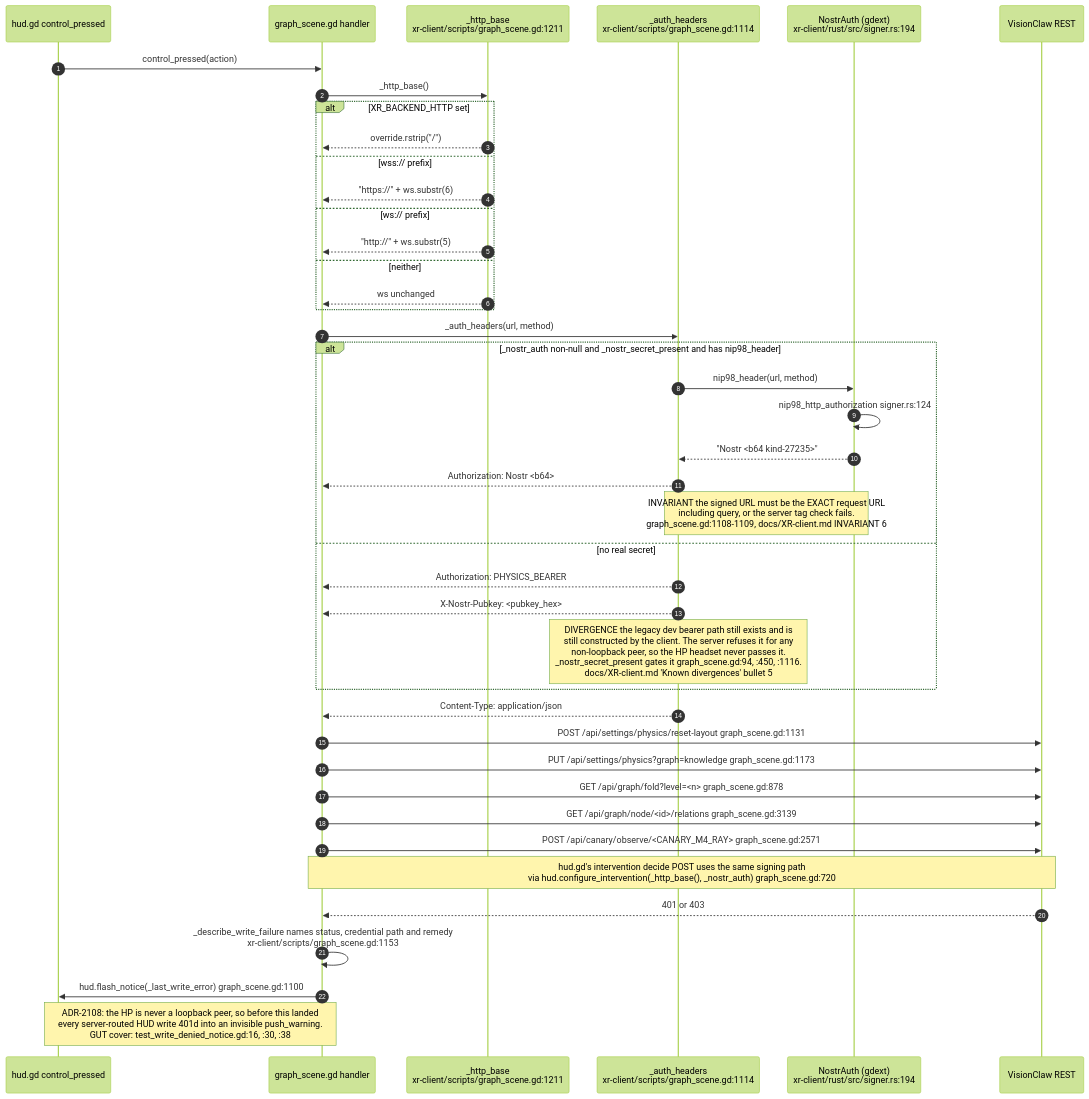
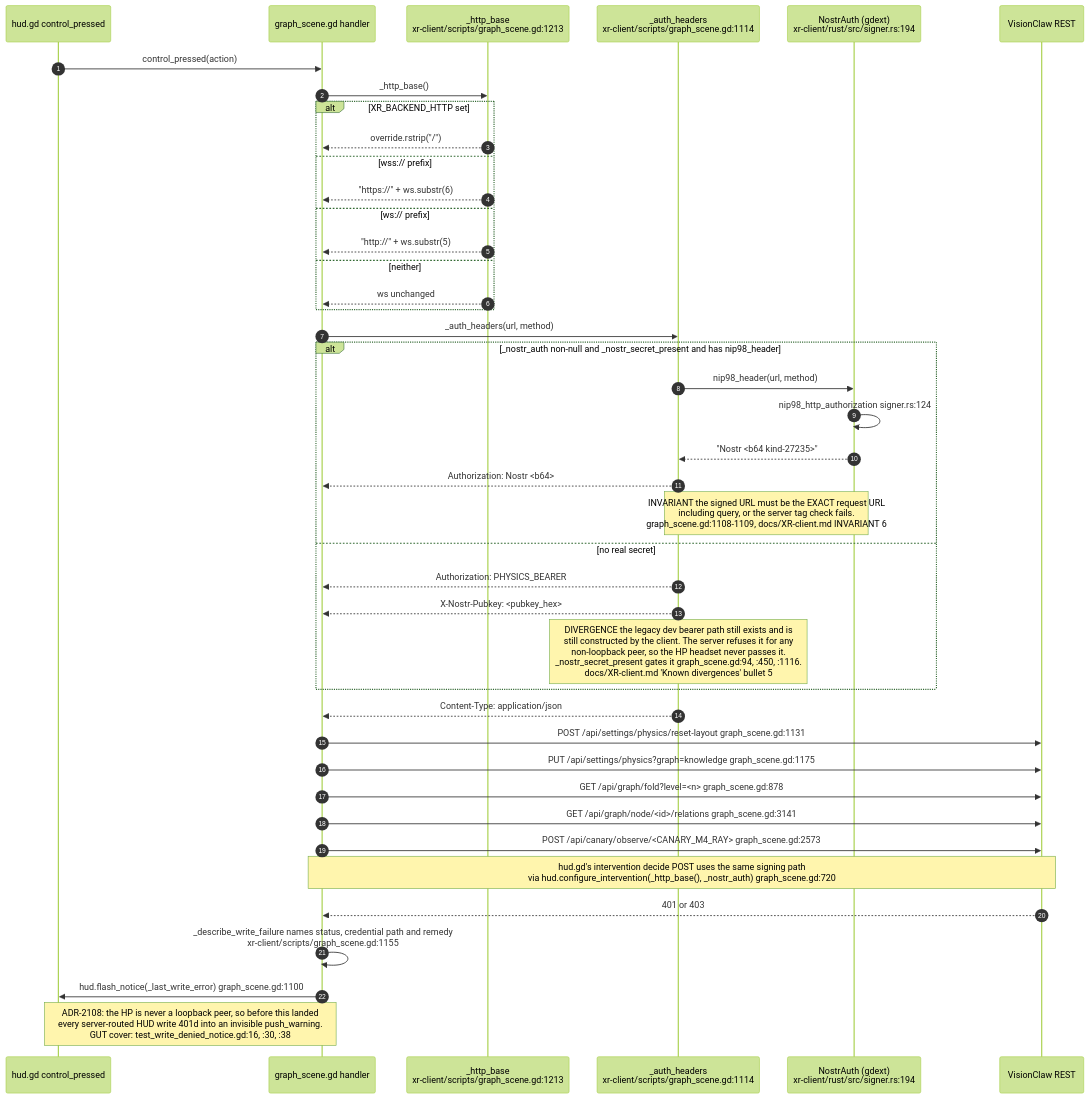
One commit to DreamLab-AI/VisionFlow changed diagram 11 of 23 in docs/diagrams/visionclaw/36-godot-xr-client.md. Above: the diagram before and after it, drawn with Mermaid (forest theme). The commit also changed other lines of this file and 111 other files, not shown here.

Commit message:
docs(diagrams): align estate maps with current source

````diff
--- a/docs/diagrams/visionclaw/36-godot-xr-client.md
+++ b/docs/diagrams/visionclaw/36-godot-xr-client.md
@@ -495,45 +495,45 @@
 ```mermaid
 sequenceDiagram
     autonumber
     participant HD as hud.gd control_pressed
     participant GS as graph_scene.gd handler
-    participant HB as _http_base<br/>xr-client/scripts/graph_scene.gd:1211
+    participant HB as _http_base<br/>xr-client/scripts/graph_scene.gd:1213
     participant AH as _auth_headers<br/>xr-client/scripts/graph_scene.gd:1114
     participant NA as NostrAuth (gdext)<br/>xr-client/rust/src/signer.rs:194
     participant SV as VisionClaw REST
 
     HD->>GS: control_pressed(action)
     GS->>HB: _http_base()
     alt XR_BACKEND_HTTP set
         HB-->>GS: override.rstrip("/")
     else wss:// prefix
         HB-->>GS: "https://" + ws.substr(6)
     else ws:// prefix
         HB-->>GS: "http://" + ws.substr(5)
     else neither
         HB-->>GS: ws unchanged
     end
     GS->>AH: _auth_headers(url, method)
     alt _nostr_auth non-null and _nostr_secret_present and has nip98_header
         AH->>NA: nip98_header(url, method)
         NA->>NA: nip98_http_authorization signer.rs:124
         NA-->>AH: "Nostr <b64 kind-27235>"
         AH-->>GS: Authorization: Nostr <b64>
         Note over AH,NA: INVARIANT the signed URL must be the EXACT request URL<br/>including query, or the server tag check fails.<br/>graph_scene.gd:1108-1109, docs/XR-client.md INVARIANT 6
     else no real secret
         AH-->>GS: Authorization: PHYSICS_BEARER
         AH-->>GS: X-Nostr-Pubkey: <pubkey_hex>
         Note over AH: DIVERGENCE the legacy dev bearer path still exists and is<br/>still constructed by the client. The server refuses it for any<br/>non-loopback peer, so the HP headset never passes it.<br/>_nostr_secret_present gates it graph_scene.gd:94, :450, :1116.<br/>docs/XR-client.md 'Known divergences' bullet 5
     end
     AH-->>GS: Content-Type: application/json
     GS->>SV: POST /api/settings/physics/reset-layout graph_scene.gd:1131
-    GS->>SV: PUT /api/settings/physics?graph=knowledge graph_scene.gd:1173
+    GS->>SV: PUT /api/settings/physics?graph=knowledge graph_scene.gd:1175
     GS->>SV: GET /api/graph/fold?level=<n> graph_scene.gd:878
-    GS->>SV: GET /api/graph/node/<id>/relations graph_scene.gd:3139
-    GS->>SV: POST /api/canary/observe/<CANARY_M4_RAY> graph_scene.gd:2571
+    GS->>SV: GET /api/graph/node/<id>/relations graph_scene.gd:3141
+    GS->>SV: POST /api/canary/observe/<CANARY_M4_RAY> graph_scene.gd:2573
     Note over GS,SV: hud.gd's intervention decide POST uses the same signing path<br/>via hud.configure_intervention(_http_base(), _nostr_auth) graph_scene.gd:720
     SV-->>GS: 401 or 403
-    GS->>GS: _describe_write_failure names status, credential path and remedy<br/>xr-client/scripts/graph_scene.gd:1153
+    GS->>GS: _describe_write_failure names status, credential path and remedy<br/>xr-client/scripts/graph_scene.gd:1155
     GS->>HD: hud.flash_notice(_last_write_error) graph_scene.gd:1100
     Note over GS,HD: ADR-2108: the HP is never a loopback peer, so before this landed<br/>every server-routed HUD write 401d into an invisible push_warning.<br/>GUT cover: test_write_denied_notice.gd:16, :30, :38
 ```
````
